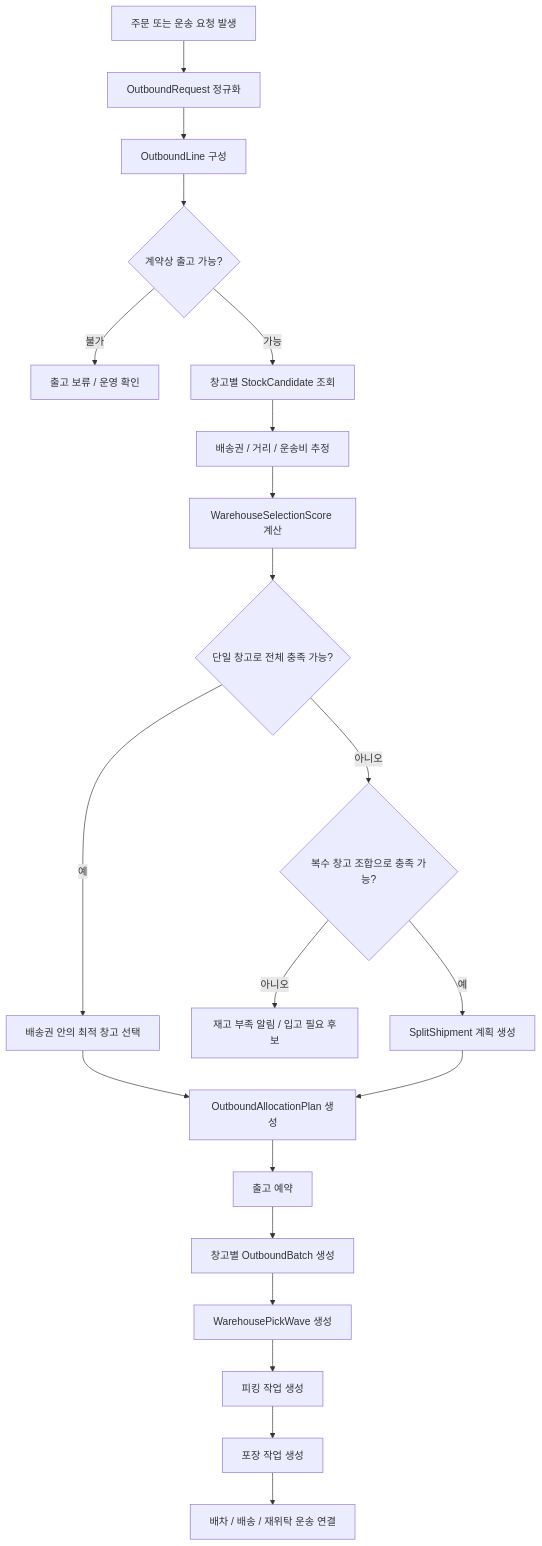
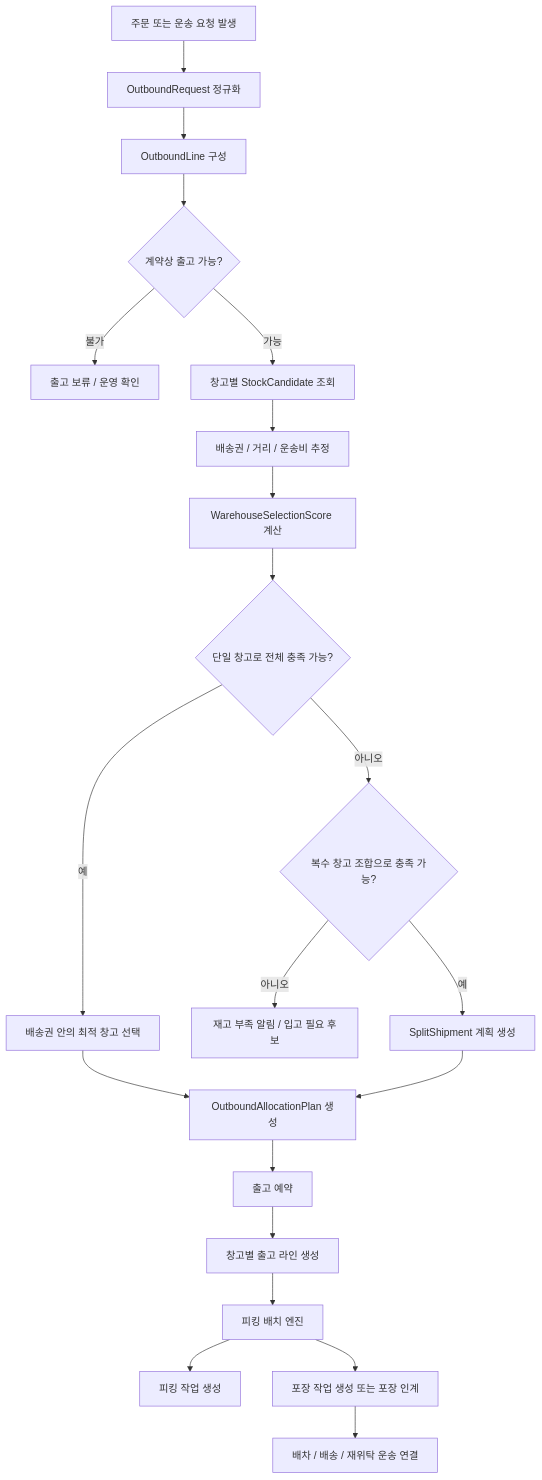
The first of 3 diagrams in docs/Architecture/OutboundBatchEngine.md (cheolwo/hongdal), drawn with Mermaid before and after one commit. The commit also changed other lines of this file and 25 other files, not shown here.

````diff
--- a/docs/Architecture/OutboundBatchEngine.md
+++ b/docs/Architecture/OutboundBatchEngine.md
@@ -63,23 +64,23 @@
 ```mermaid
 flowchart TD
     A["주문 또는 운송 요청 발생"] --> B["OutboundRequest 정규화"]
     B --> C["OutboundLine 구성"]
     C --> D{"계약상 출고 가능?"}
     D -->|불가| X["출고 보류 / 운영 확인"]
     D -->|가능| E["창고별 StockCandidate 조회"]
     E --> F["배송권 / 거리 / 운송비 추정"]
     F --> G["WarehouseSelectionScore 계산"]
     G --> H{"단일 창고로 전체 충족 가능?"}
     H -->|예| I["배송권 안의 최적 창고 선택"]
     H -->|아니오| J{"복수 창고 조합으로 충족 가능?"}
     J -->|아니오| Y["재고 부족 알림 / 입고 필요 후보"]
     J -->|예| K["SplitShipment 계획 생성"]
     I --> L["OutboundAllocationPlan 생성"]
     K --> L
     L --> M["출고 예약"]
-    M --> N["창고별 OutboundBatch 생성"]
-    N --> O["WarehousePickWave 생성"]
+    M --> N["창고별 출고 라인 생성"]
+    N --> O["피킹 배치 엔진"]
     O --> P["피킹 작업 생성"]
-    P --> Q["포장 작업 생성"]
+    O --> Q["포장 작업 생성 또는 포장 인계"]
     Q --> R["배차 / 배송 / 재위탁 운송 연결"]
 ```
````
